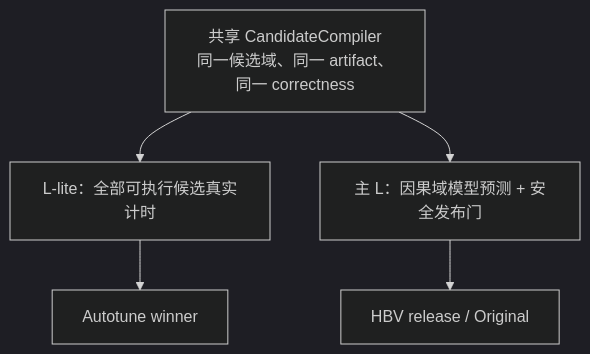
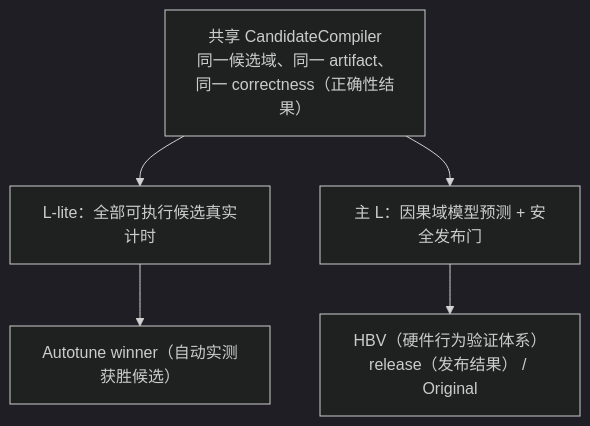
The fourth of 4 diagrams in docs/l-lite-project-architecture-design.zh-CN.md (gslkj3/triton-hbv-l-lite), drawn with Mermaid (dark theme) before and after one commit. The commit also changed other lines of this file, not shown here.

````diff
--- a/docs/l-lite-project-architecture-design.zh-CN.md
+++ b/docs/l-lite-project-architecture-design.zh-CN.md
@@ -958,10 +965,10 @@
 ```mermaid
 flowchart TB
-    C["共享 CandidateCompiler<br/>同一候选域、同一 artifact、同一 correctness"]
+    C["共享 CandidateCompiler<br/>同一候选域、同一 artifact、同一 correctness（正确性结果）"]
     LL["L-lite：全部可执行候选真实计时"]
     ML["主 L：因果域模型预测 + 安全发布门"]
-    AW["Autotune winner"]
-    HW["HBV release / Original"]
+    AW["Autotune winner（自动实测获胜候选）"]
+    HW["HBV（硬件行为验证体系）release（发布结果） / Original"]
     C --> LL --> AW
     C --> ML --> HW
 ```
````
